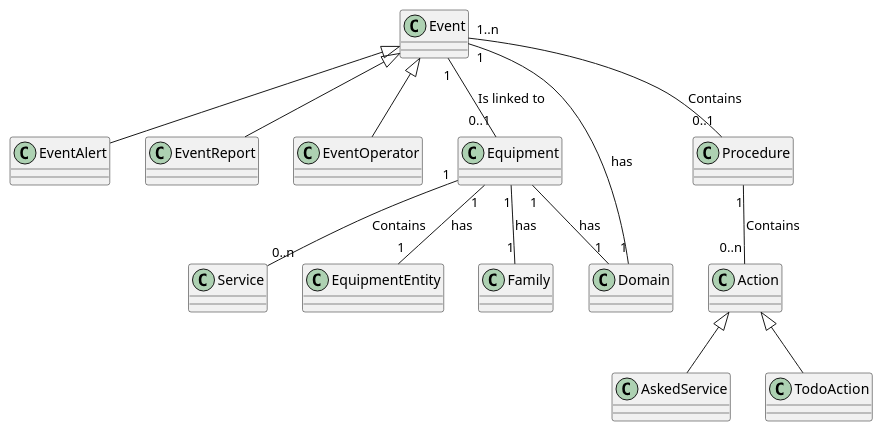
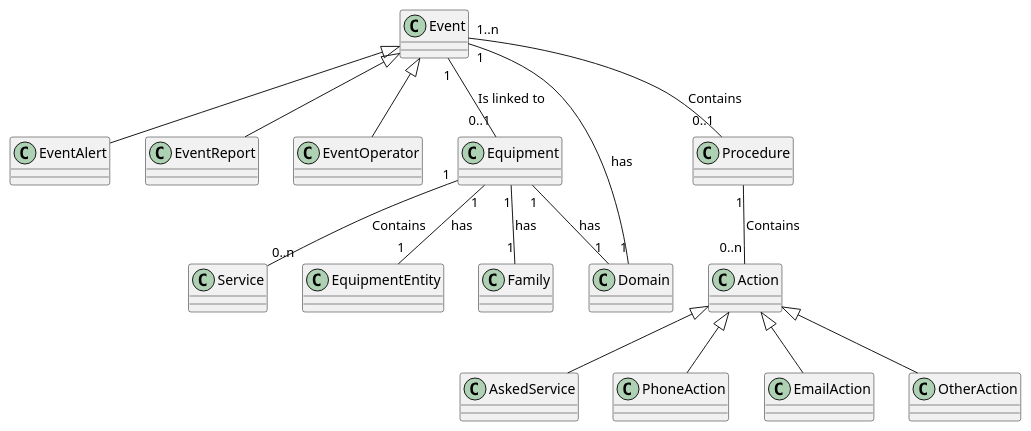
The diagram in docs/modules/architecture/partials/diagrams/mcd.puml (Provoly/provoly-hypervisor-back-public), drawn with PlantUML before and after one commit. The commit also changed 48 other files, not shown here.

```diff
--- a/docs/modules/architecture/partials/diagrams/mcd.puml
+++ b/docs/modules/architecture/partials/diagrams/mcd.puml
@@ -1,78 +1,86 @@
 @startuml
 
 class Event {
 
 }
 
 class EventAlert {
 
 }
 
 class EventReport {
 }
 
 class EventOperator {
 
 }
 
 
 class Equipment {
 
 }
 
 class Procedure {
 
 }
 
 
 class Action {
 
 }
 
 class Service {
 
 }
 
 class AskedService {
-
 }
 
-class TodoAction {
+class PhoneAction {
 }
+
+class EmailAction {
+}
+
+class OtherAction {
+}
+
 
 class EquipmentEntity {
 }
 
 class Family {
 }
 
 class Domain {
 }
 
 
 
 
 
 Event <|-- EventAlert
 Event <|-- EventReport
 Event <|-- EventOperator
 
 Event "1" -- "1" Domain: has
 
 Event "1" -- "0..1" Equipment: Is linked to
 
 Event "1..n" -- "0..1" Procedure: Contains
 
 Procedure "1" -- "0..n" Action: Contains
 Equipment "1" -- "0..n" Service: Contains
 Equipment "1" -- "1" EquipmentEntity: has
 Equipment "1" -- "1" Family: has
 Equipment "1" -- "1" Domain: has
 
 Action <|-- AskedService
-Action <|-- TodoAction
+Action <|-- PhoneAction
+Action <|-- OtherAction
+Action <|-- EmailAction
 
 
 
 
 @enduml
```
